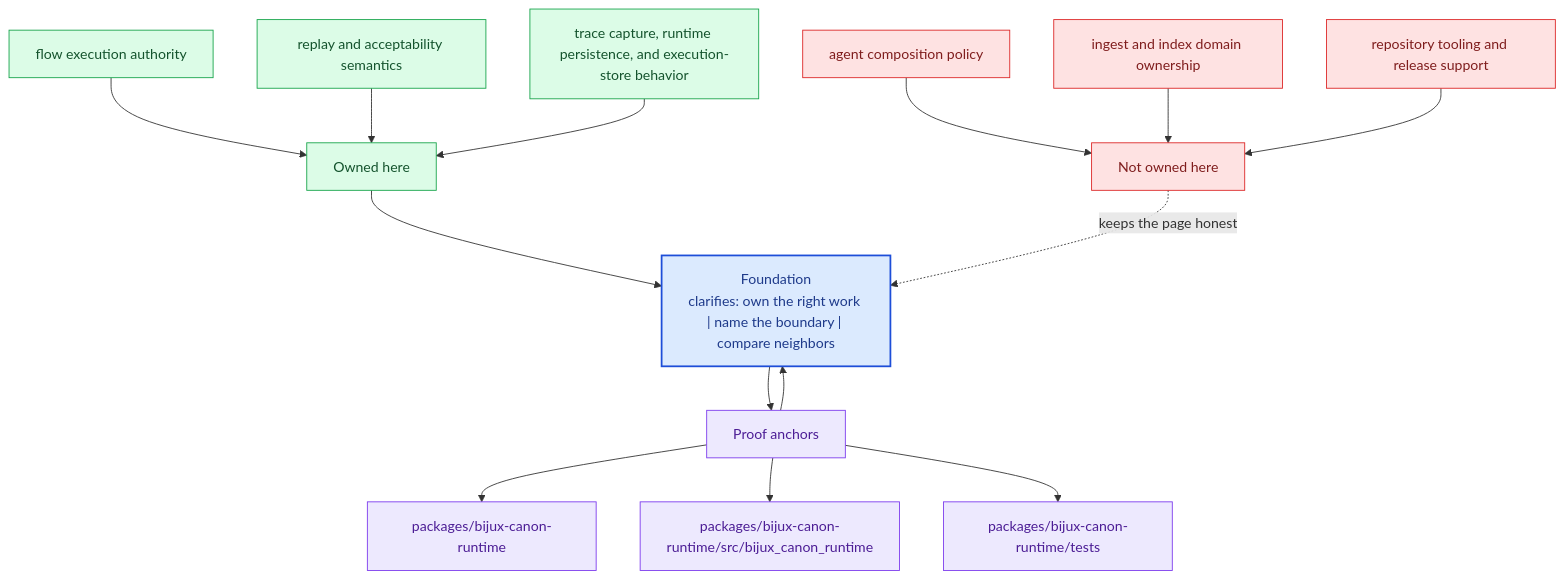
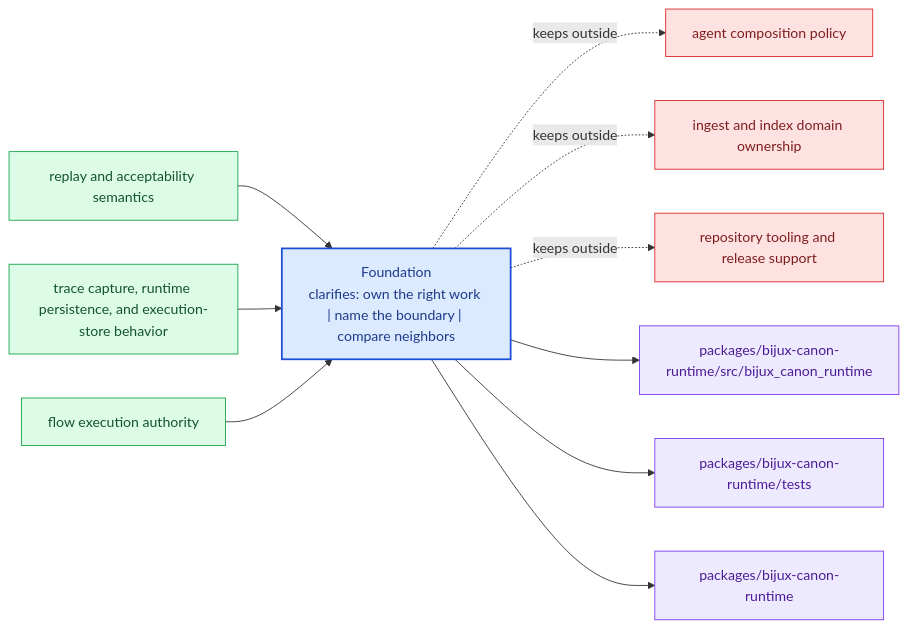
Before and after one commit to bijux/bijux-canon: the diagram in docs/bijux-canon-runtime/foundation/index.md, drawn with Mermaid. The commit also changed other lines of this file and 281 other files, not shown here.

Commit message:
docs(diagrams): replace repeated mermaid scaffolds with page-specific summaries

````diff
--- a/docs/bijux-canon-runtime/foundation/index.md
+++ b/docs/bijux-canon-runtime/foundation/index.md
@@ -65,40 +20,31 @@
 ```mermaid
-flowchart TB
-    promise["Foundation<br/>clarifies: own the right work | name the boundary | compare neighbors"]
-    classDef promise fill:#dbeafe,stroke:#1d4ed8,color:#1e3a8a,stroke-width:2px;
-    classDef driver fill:#dcfce7,stroke:#16a34a,color:#14532d;
-    classDef constraint fill:#fee2e2,stroke:#dc2626,color:#7f1d1d;
-    classDef ground fill:#ede9fe,stroke:#7c3aed,color:#4c1d95;
-    focus1["Owned here"]
-    focus1 --> promise
-    focus1_1["flow execution authority"]
-    focus1_1 --> focus1
-    focus1_2["replay and acceptability semantics"]
-    focus1_2 --> focus1
-    focus1_3["trace capture, runtime persistence, and execution-store behavior"]
-    focus1_3 --> focus1
-    class focus1 driver;
-    class focus1_1,focus1_2,focus1_3 driver;
-    focus2["Not owned here"]
-    focus2 -.keeps the page honest.-> promise
-    focus2_1["agent composition policy"]
-    focus2_1 --> focus2
-    focus2_2["ingest and index domain ownership"]
-    focus2_2 --> focus2
-    focus2_3["repository tooling and release support"]
-    focus2_3 --> focus2
-    class focus2 constraint;
-    class focus2_1,focus2_2,focus2_3 constraint;
-    focus3["Proof anchors"]
-    focus3 --> promise
-    promise --> focus3
-    focus3_1["packages/bijux-canon-runtime"]
-    focus3 --> focus3_1
-    focus3_2["packages/bijux-canon-runtime/src/bijux_canon_runtime"]
-    focus3 --> focus3_2
-    focus3_3["packages/bijux-canon-runtime/tests"]
-    focus3 --> focus3_3
-    class focus3 ground;
-    class focus3_1,focus3_2,focus3_3 ground;
-    class promise promise;
+flowchart LR
+    page["Foundation<br/>clarifies: own the right work | name the boundary | compare neighbors"]
+    classDef page fill:#dbeafe,stroke:#1d4ed8,color:#1e3a8a,stroke-width:2px;
+    classDef positive fill:#dcfce7,stroke:#16a34a,color:#14532d;
+    classDef caution fill:#fee2e2,stroke:#dc2626,color:#7f1d1d;
+    classDef anchor fill:#ede9fe,stroke:#7c3aed,color:#4c1d95;
+    classDef action fill:#fef3c7,stroke:#d97706,color:#7c2d12;
+    own1["replay and acceptability semantics"]
+    own1 --> page
+    own2["trace capture, runtime persistence, and execution-store behavior"]
+    own2 --> page
+    own3["flow execution authority"]
+    own3 --> page
+    limit1["agent composition policy"]
+    page -.keeps outside.-> limit1
+    limit2["ingest and index domain ownership"]
+    page -.keeps outside.-> limit2
+    limit3["repository tooling and release support"]
+    page -.keeps outside.-> limit3
+    anchor1["packages/bijux-canon-runtime/src/bijux_canon_runtime"]
+    page --> anchor1
+    anchor2["packages/bijux-canon-runtime/tests"]
+    page --> anchor2
+    anchor3["packages/bijux-canon-runtime"]
+    page --> anchor3
+    class page page;
+    class own1,own2,own3 positive;
+    class limit1,limit2,limit3 caution;
+    class anchor1,anchor2,anchor3 anchor;
 ```
````
